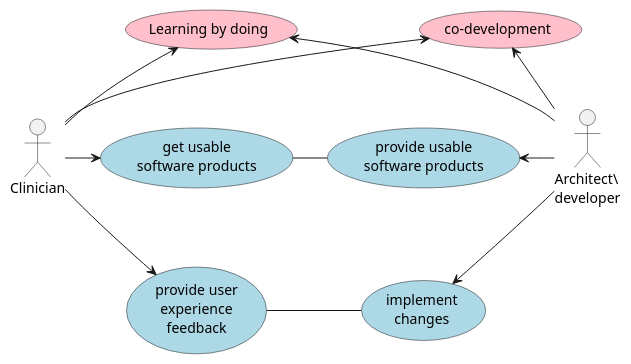
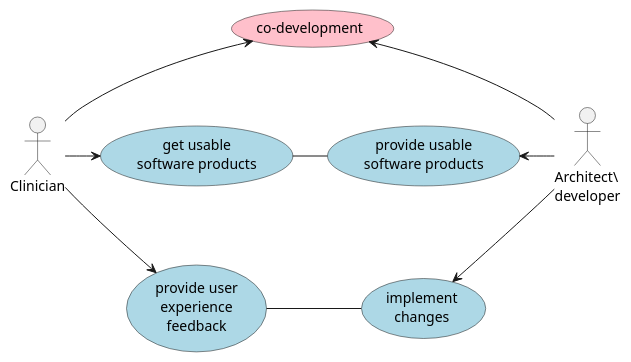
Before and after one commit to HL7Norway/FHIR-hackathon-2025: the diagram in FHIR-hackathon-2025/input/images-source/clinician-use-case.plantuml, drawn with PlantUML. The commit also changed 4 other files, not shown here.

```diff
--- a/FHIR-hackathon-2025/input/images-source/clinician-use-case.plantuml
+++ b/FHIR-hackathon-2025/input/images-source/clinician-use-case.plantuml
@@ -1,29 +1,29 @@
 @startuml
 
 "Clinician" as clinician
 "Architect\\\ndeveloper" as developer
 
 'rectangle "test" as rect {
 "co-development" as (codevelop) #pink
-"Learning by doing" as (doing) #pink
+'"Learning by doing" as (doing) #pink
 "get usable\nsoftware products" as (getusable) #lightblue
 "provide usable\nsoftware products" as (provideusable) #lightblue
 "provide user\nexperience\nfeedback" as (provide) #lightblue
 "implement\nchanges" as (implement) #lightblue
 
 developer -up-> codevelop
-developer -up-> doing
+'developer -up-> doing
 developer -left-> provideusable
 developer -down-> implement
 getusable -right- provideusable
 provide -right- implement
 getusable -down[hidden]- provide
 
 clinician -up-> codevelop
-clinician -up-> doing
+'clinician -up-> doing
 clinician -right-> getusable
 clinician -down-> provide
 
 provideusable -down[hidden]- implement
 
 @enduml
```
